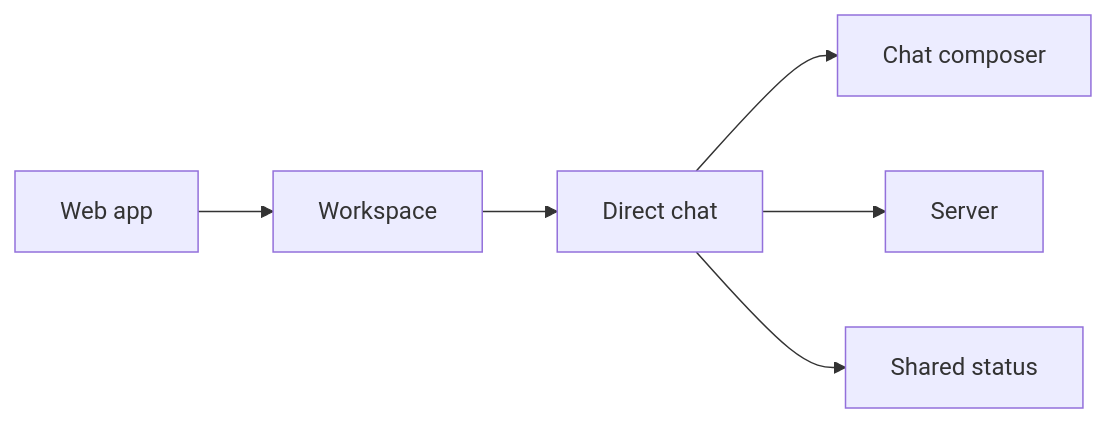
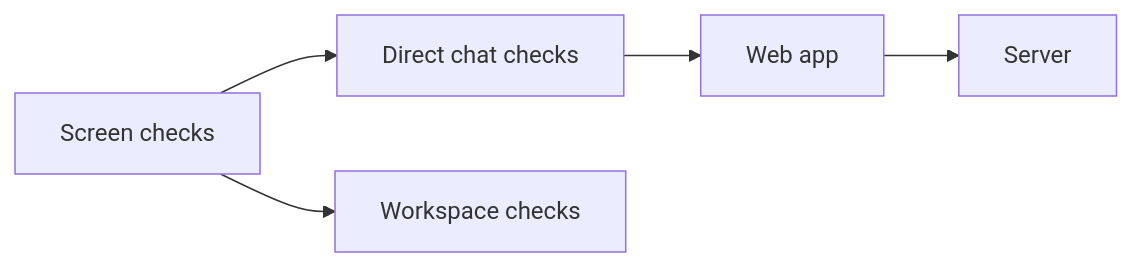
Before and after one commit to elewa-git/opencrane-new: the diagram in docs/process/p4-4-screens/README.md, drawn with Mermaid. The commit also changed other lines of this file and 213 other files, not shown here.

Commit message:
🛠 Keep direct chat drafts and retries safe

````diff
--- a/docs/process/p4-4-screens/README.md
+++ b/docs/process/p4-4-screens/README.md
@@ -8,8 +13,7 @@
 ```mermaid
 flowchart LR
-  web[Web app] --> workspace[Workspace]
-  workspace --> direct[Direct chat]
-  direct --> composer[Chat composer]
-  direct --> server[Server]
-  direct --> shared[Shared status]
+  checks[Screen checks] --> direct[Direct chat checks]
+  checks --> workspace[Workspace checks]
+  direct --> web[Web app]
+  web --> server[Server]
 ```
````
